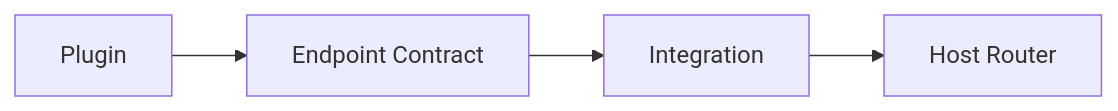
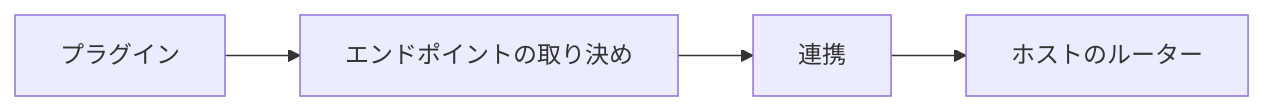
Before and after one commit to Rerurate514/riebeckite: the seventh of 8 diagrams in docs/docs/framework/plugin-system/pipeline.ja.md, drawn with Mermaid. The commit also changed other lines of this file and 310 other files, not shown here.

````diff
--- a/docs/docs/framework/plugin-system/pipeline.ja.md
+++ b/docs/docs/framework/plugin-system/pipeline.ja.md
@@ -371,11 +300,11 @@
 ```mermaid id="brq9cr"
 flowchart LR
-    Plugin["Plugin"]
-    Endpoint["Endpoint Contract"]
-    Integration["Integration"]
-    Router["Host Router"]
+    Plugin["プラグイン"]
+    Endpoint["エンドポイントの取り決め"]
+    Integration["連携"]
+    Router["ホストのルーター"]
 
     Plugin --> Endpoint
     Endpoint --> Integration
     Integration --> Router
 ```
````
